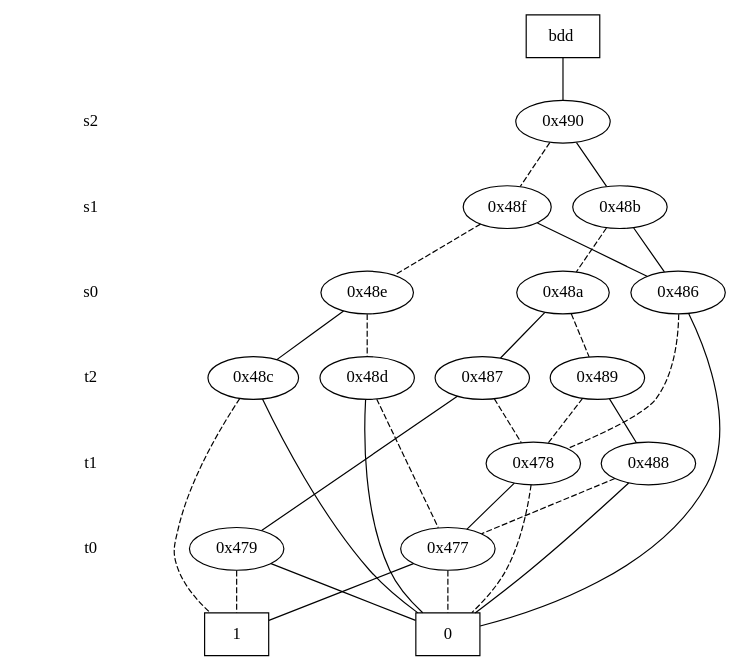
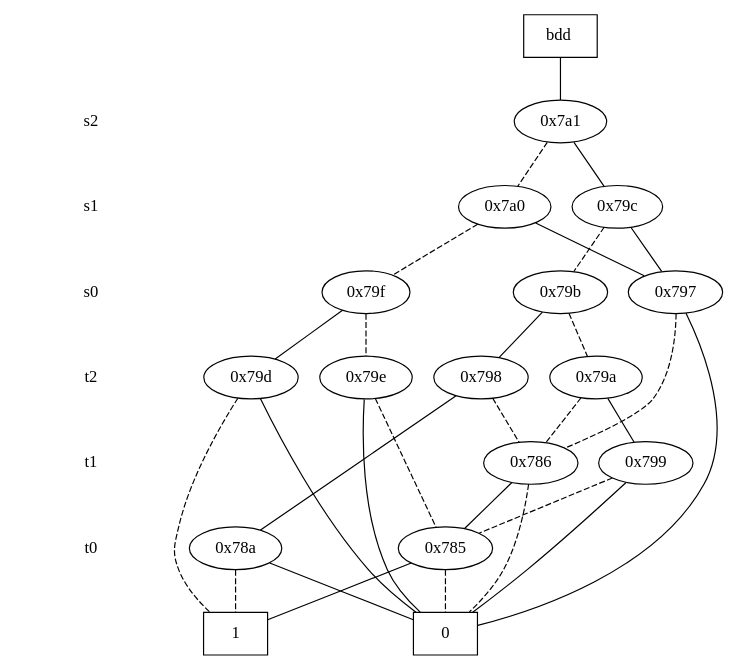
One commit to bohanw/Projects changed the diagram in cudd-3.0.0/hw1/dot/hw1_2a.dot. Above: the diagram before and after it, drawn with Graphviz. The commit also changed 23 other files, not shown here.

```diff
--- a/cudd-3.0.0/hw1/dot/hw1_2a.dot
+++ b/cudd-3.0.0/hw1/dot/hw1_2a.dot
@@ -1,74 +1,74 @@
 digraph "DD" {
 size = "7.5,10"
 center = true;
 edge [dir = none];
 { node [shape = plaintext];
   edge [style = invis];
   "CONST NODES" [style = invis];
 " s2 " -> " s1 " -> " s0 " -> " t2 " -> " t1 " -> " t0 " -> "CONST NODES"; 
 }
 { rank = same; node [shape = box]; edge [style = invis];
 "  bdd  "; }
 { rank = same; " s2 ";
-"0x490";
+"0x7a1";
 }
 { rank = same; " s1 ";
-"0x48b";
-"0x48f";
+"0x79c";
+"0x7a0";
 }
 { rank = same; " s0 ";
-"0x486";
-"0x48e";
-"0x48a";
+"0x797";
+"0x79f";
+"0x79b";
 }
 { rank = same; " t2 ";
-"0x48d";
-"0x487";
-"0x48c";
-"0x489";
+"0x798";
+"0x79e";
+"0x79d";
+"0x79a";
 }
 { rank = same; " t1 ";
-"0x478";
-"0x488";
+"0x799";
+"0x786";
 }
 { rank = same; " t0 ";
-"0x477";
-"0x479";
+"0x785";
+"0x78a";
 }
 { rank = same; "CONST NODES";
-{ node [shape = box]; "0x411";
-"0x410";
+{ node [shape = box]; "0x711";
+"0x710";
 }
 }
-"  bdd  " -> "0x490" [style = solid];
-"0x490" -> "0x48b";
-"0x490" -> "0x48f" [style = dashed];
-"0x48b" -> "0x486";
-"0x48b" -> "0x48a" [style = dashed];
-"0x48f" -> "0x486";
-"0x48f" -> "0x48e" [style = dashed];
-"0x486" -> "0x411";
-"0x486" -> "0x478" [style = dashed];
-"0x48e" -> "0x48c";
-"0x48e" -> "0x48d" [style = dashed];
-"0x48a" -> "0x487";
-"0x48a" -> "0x489" [style = dashed];
-"0x48d" -> "0x411";
-"0x48d" -> "0x477" [style = dashed];
-"0x487" -> "0x479";
-"0x487" -> "0x478" [style = dashed];
-"0x48c" -> "0x411";
-"0x48c" -> "0x410" [style = dashed];
-"0x489" -> "0x488";
-"0x489" -> "0x478" [style = dashed];
-"0x478" -> "0x477";
-"0x478" -> "0x411" [style = dashed];
-"0x488" -> "0x411";
-"0x488" -> "0x477" [style = dashed];
-"0x477" -> "0x410";
-"0x477" -> "0x411" [style = dashed];
-"0x479" -> "0x411";
-"0x479" -> "0x410" [style = dashed];
-"0x411" [label = "0"];
-"0x410" [label = "1"];
+"  bdd  " -> "0x7a1" [style = solid];
+"0x7a1" -> "0x79c";
+"0x7a1" -> "0x7a0" [style = dashed];
+"0x79c" -> "0x797";
+"0x79c" -> "0x79b" [style = dashed];
+"0x7a0" -> "0x797";
+"0x7a0" -> "0x79f" [style = dashed];
+"0x797" -> "0x711";
+"0x797" -> "0x786" [style = dashed];
+"0x79f" -> "0x79d";
+"0x79f" -> "0x79e" [style = dashed];
+"0x79b" -> "0x798";
+"0x79b" -> "0x79a" [style = dashed];
+"0x798" -> "0x78a";
+"0x798" -> "0x786" [style = dashed];
+"0x79e" -> "0x711";
+"0x79e" -> "0x785" [style = dashed];
+"0x79d" -> "0x711";
+"0x79d" -> "0x710" [style = dashed];
+"0x79a" -> "0x799";
+"0x79a" -> "0x786" [style = dashed];
+"0x799" -> "0x711";
+"0x799" -> "0x785" [style = dashed];
+"0x786" -> "0x785";
+"0x786" -> "0x711" [style = dashed];
+"0x785" -> "0x710";
+"0x785" -> "0x711" [style = dashed];
+"0x78a" -> "0x711";
+"0x78a" -> "0x710" [style = dashed];
+"0x711" [label = "0"];
+"0x710" [label = "1"];
 }
```
